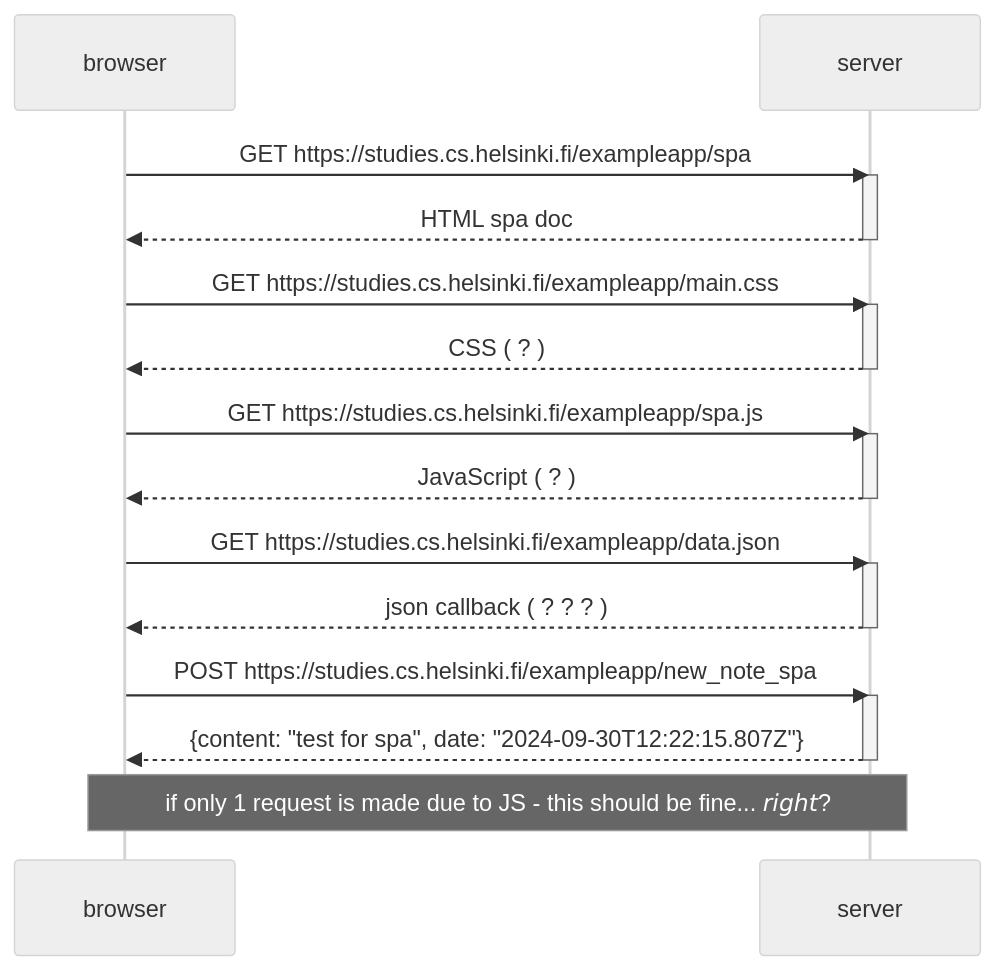
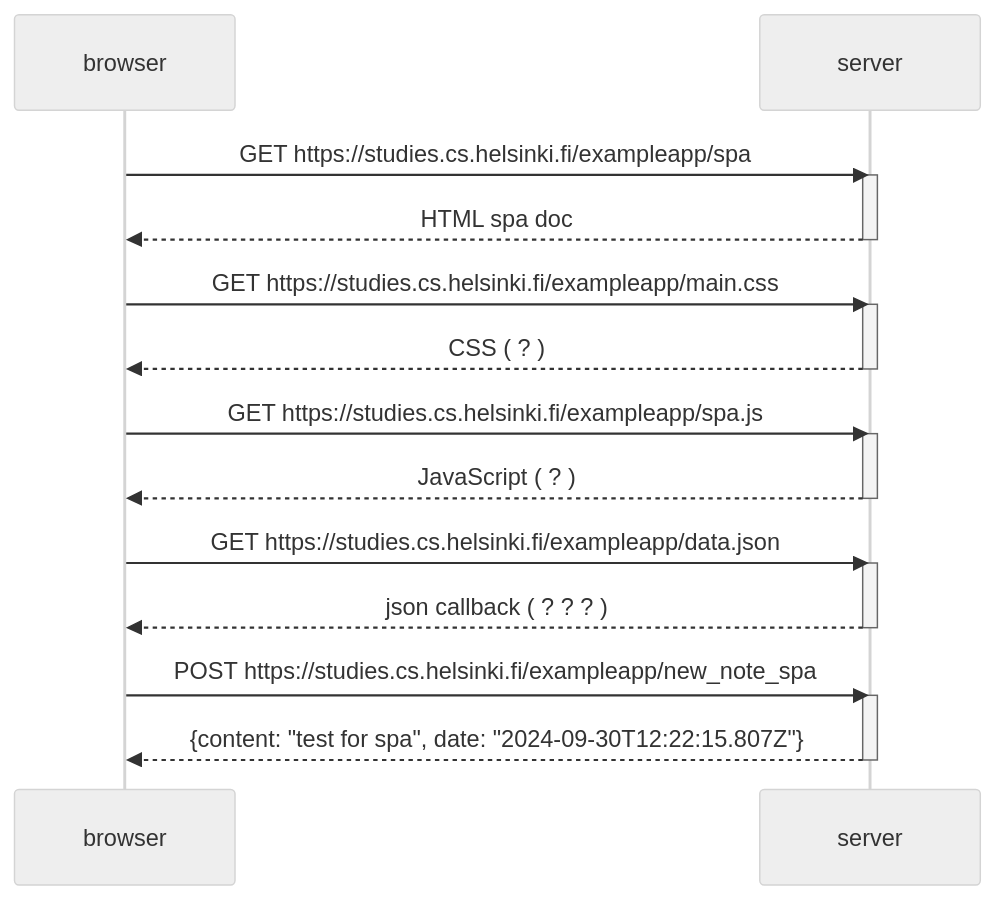
Before and after one commit to PiwkoM/FullStackOpen_Piwko4TC: the diagram in part0/0.6.md, drawn with Mermaid (neutral theme).

````diff
--- a/part0/0.6.md
+++ b/part0/0.6.md
@@ -1,33 +1,32 @@
 ```mermaid
 
 sequenceDiagram
     participant browser
     participant server
 
     browser->>server: GET https://studies.cs.helsinki.fi/exampleapp/spa
     activate server
     server-->>browser: HTML spa doc
     deactivate server
 
     browser->>server: GET https://studies.cs.helsinki.fi/exampleapp/main.css
     activate server
     server-->>browser: CSS ( ? )
     deactivate server
 
     browser->>server: GET https://studies.cs.helsinki.fi/exampleapp/spa.js
     activate server
     server-->>browser: JavaScript ( ? )
     deactivate server
 
     browser->>server: GET https://studies.cs.helsinki.fi/exampleapp/data.json
     activate server
     server-->>browser: json callback ( ? ? ? )
     deactivate server
 
     browser->>server: POST https://studies.cs.helsinki.fi/exampleapp/new_note_spa
     activate server
     server-->>browser: {content: "test for spa", date: "2024-09-30T12:22:15.807Z"}
     deactivate server
     
-    Note over browser,server: if only 1 request is made due to JS - this should be fine... 𝘳𝘪𝘨𝘩𝘵?
 ```
````
